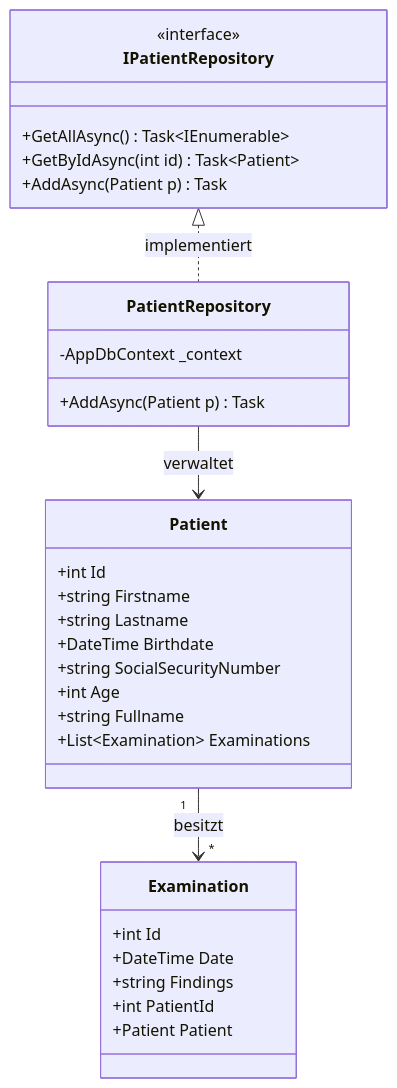
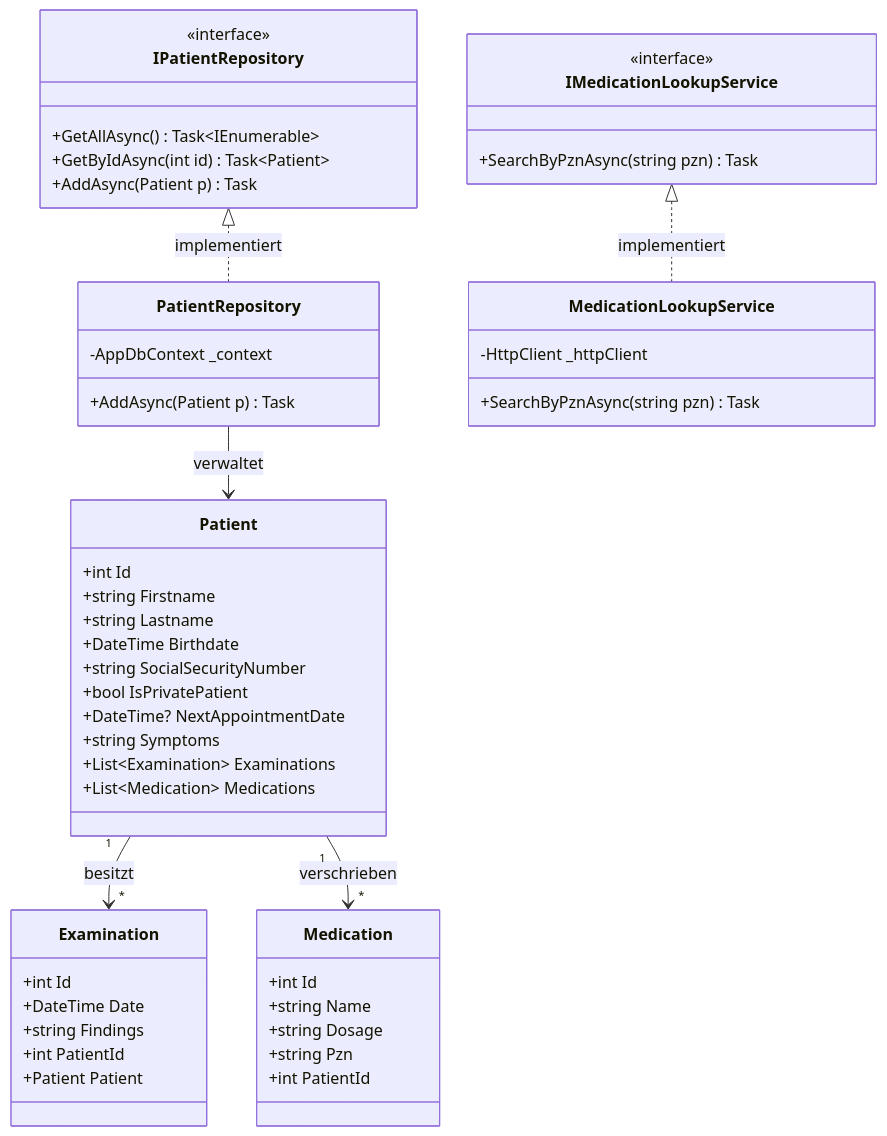
One commit to T-Boyke/C-Sharp-ASP-Fundamentals changed the first of 6 diagrams in 07_Patienten/docs/07_Patienten_UML_Architecture.md. Above: the diagram before and after it, drawn with Mermaid. The commit also changed other lines of this file and 3 other files, not shown here.

````diff
--- a/07_Patienten/docs/07_Patienten_UML_Architecture.md
+++ b/07_Patienten/docs/07_Patienten_UML_Architecture.md
@@ -8,37 +8,59 @@
 ```mermaid
 classDiagram
     class Patient {
         +int Id
         +string Firstname
         +string Lastname
         +DateTime Birthdate
         +string SocialSecurityNumber
-        +int Age
-        +string Fullname
+        +bool IsPrivatePatient
+        +DateTime? NextAppointmentDate
+        +string Symptoms
         +List~Examination~ Examinations
+        +List~Medication~ Medications
     }
 
     class Examination {
         +int Id
         +DateTime Date
         +string Findings
         +int PatientId
         +Patient Patient
     }
 
+    class Medication {
+        +int Id
+        +string Name
+        +string Dosage
+        +string Pzn
+        +int PatientId
+    }
+
     class IPatientRepository {
         <<interface>>
         +GetAllAsync() Task~IEnumerable~
         +GetByIdAsync(int id) Task~Patient~
         +AddAsync(Patient p) Task
     }
 
+    class IMedicationLookupService {
+        <<interface>>
+        +SearchByPznAsync(string pzn) Task
+    }
+
     class PatientRepository {
         -AppDbContext _context
         +AddAsync(Patient p) Task
     }
 
+    class MedicationLookupService {
+        -HttpClient _httpClient
+        +SearchByPznAsync(string pzn) Task
+    }
+
     Patient "1" --> "*" Examination : besitzt
+    Patient "1" --> "*" Medication : verschrieben
     IPatientRepository <|.. PatientRepository : implementiert
+    IMedicationLookupService <|.. MedicationLookupService : implementiert
     PatientRepository --> Patient : verwaltet
 ```
````
